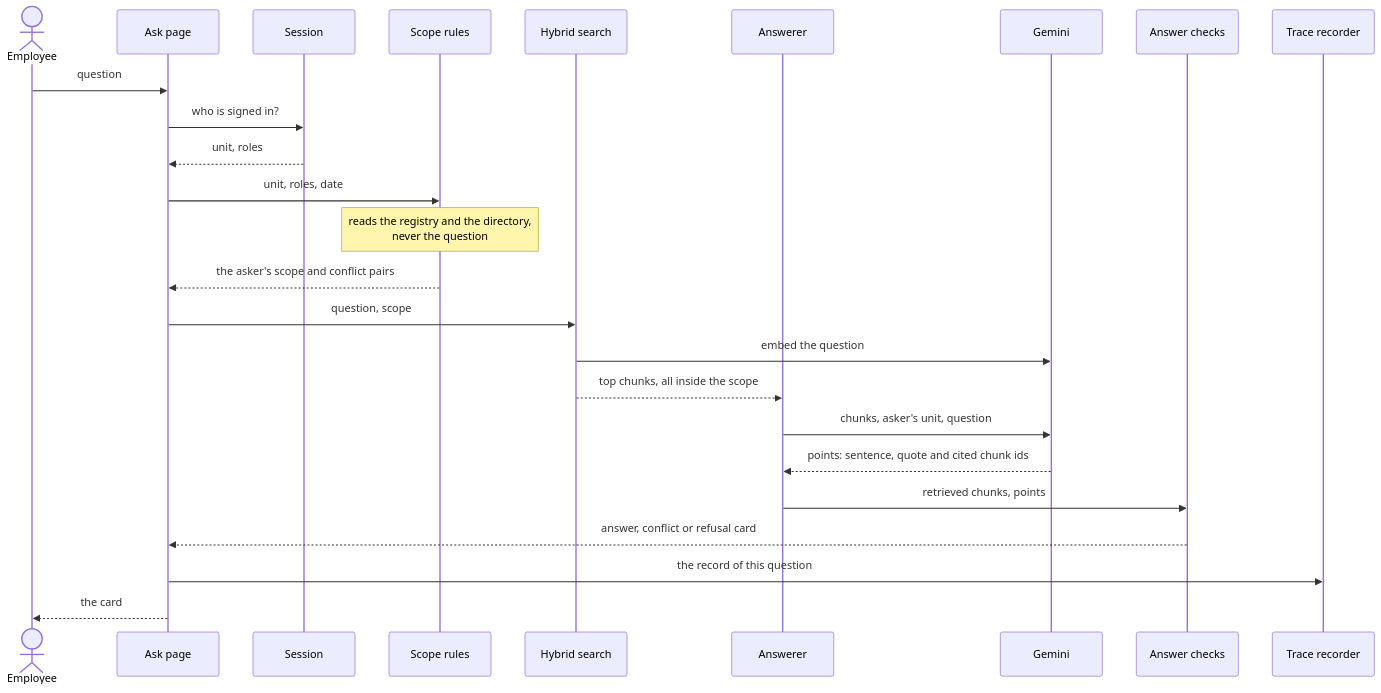
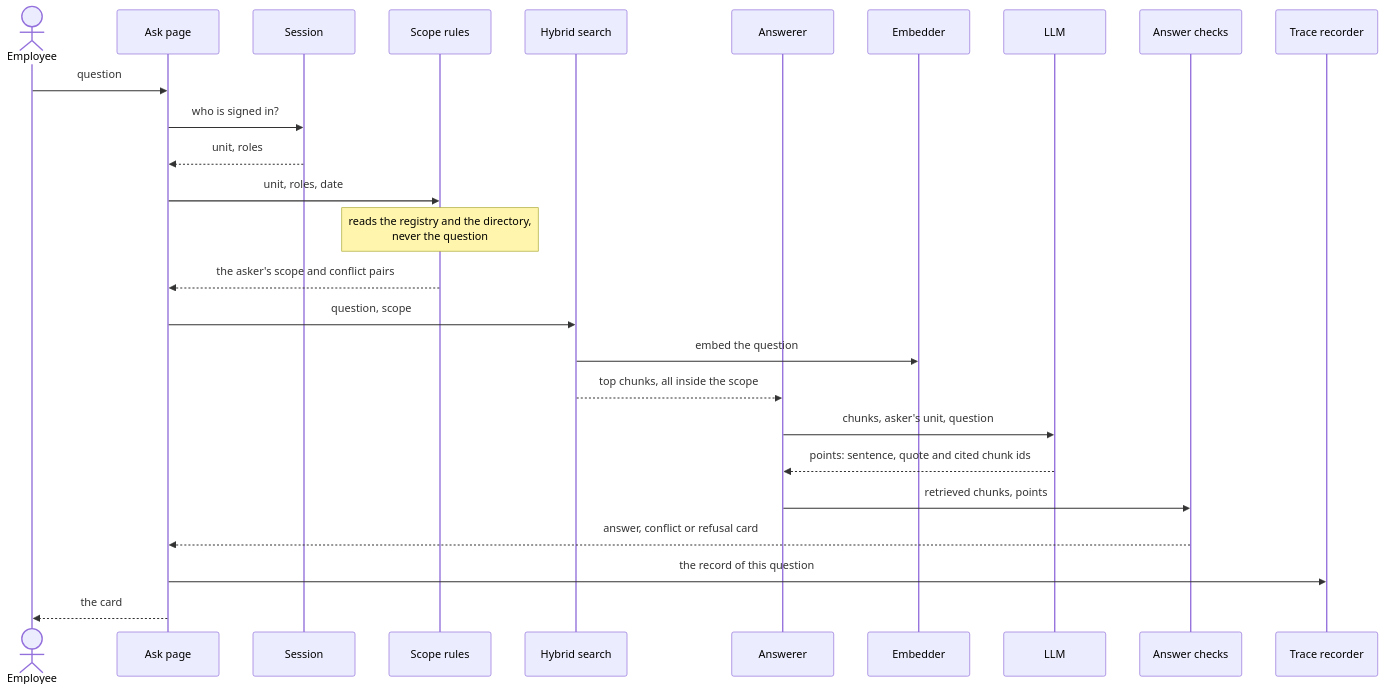
One commit to Park-Hip/next-gen-2026 changed the fourth of 6 diagrams in docs/system_design.md. Above: the diagram before and after it, drawn with Mermaid. The commit also changed other lines of this file, not shown here.

Commit message:
System design: drop the components sections; name the LLM and the embedder generically in the main flow

````diff
--- a/docs/system_design.md
+++ b/docs/system_design.md
@@ -254,28 +222,29 @@
 ```mermaid
 sequenceDiagram
     actor E as Employee
     participant P as Ask page
     participant S as Session
     participant R as Scope rules
     participant H as Hybrid search
     participant A as Answerer
-    participant G as Gemini
+    participant M as Embedder
+    participant L as LLM
     participant C as Answer checks
     participant T as Trace recorder
 
     E->>P: question
     P->>S: who is signed in?
     S-->>P: unit, roles
     P->>R: unit, roles, date
     Note over R: reads the registry and the directory,<br/>never the question
     R-->>P: the asker's scope and conflict pairs
     P->>H: question, scope
-    H->>G: embed the question
+    H->>M: embed the question
     H-->>A: top chunks, all inside the scope
-    A->>G: chunks, asker's unit, question
-    G-->>A: points: sentence, quote and cited chunk ids
+    A->>L: chunks, asker's unit, question
+    L-->>A: points: sentence, quote and cited chunk ids
     A->>C: retrieved chunks, points
     C-->>P: answer, conflict or refusal card
     P->>T: the record of this question
     P-->>E: the card
 ```
````
